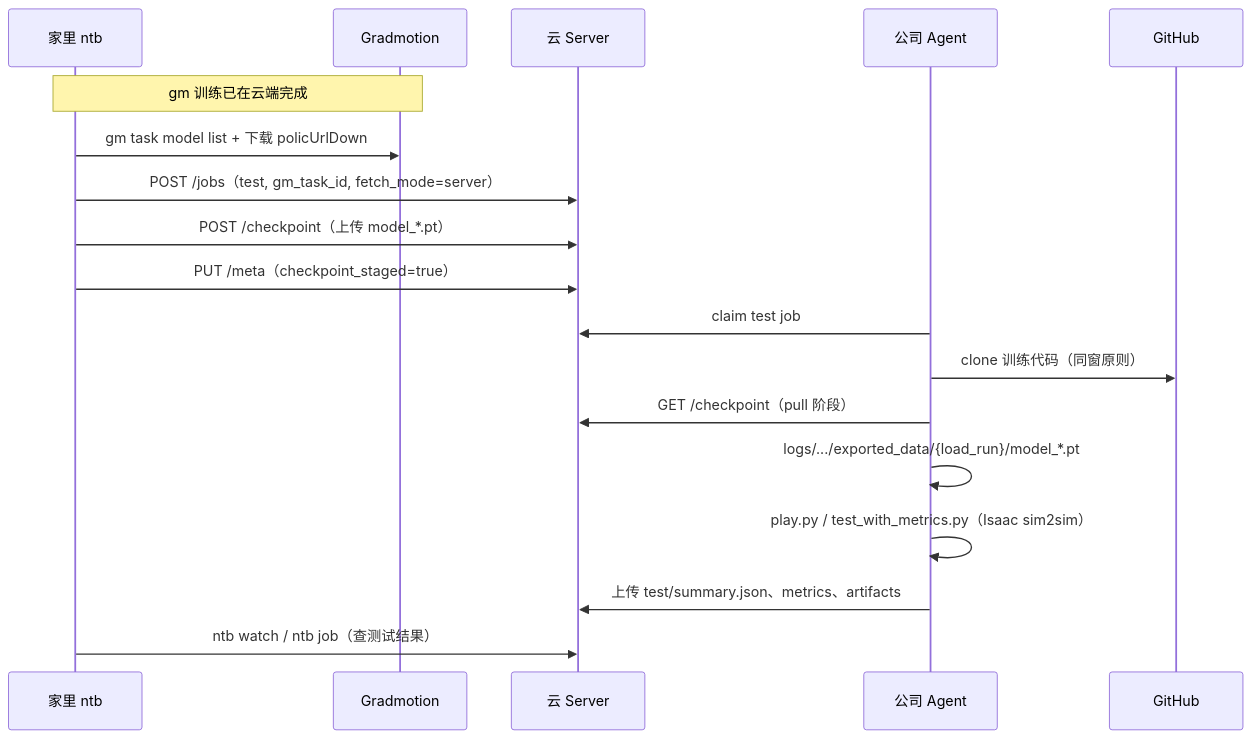
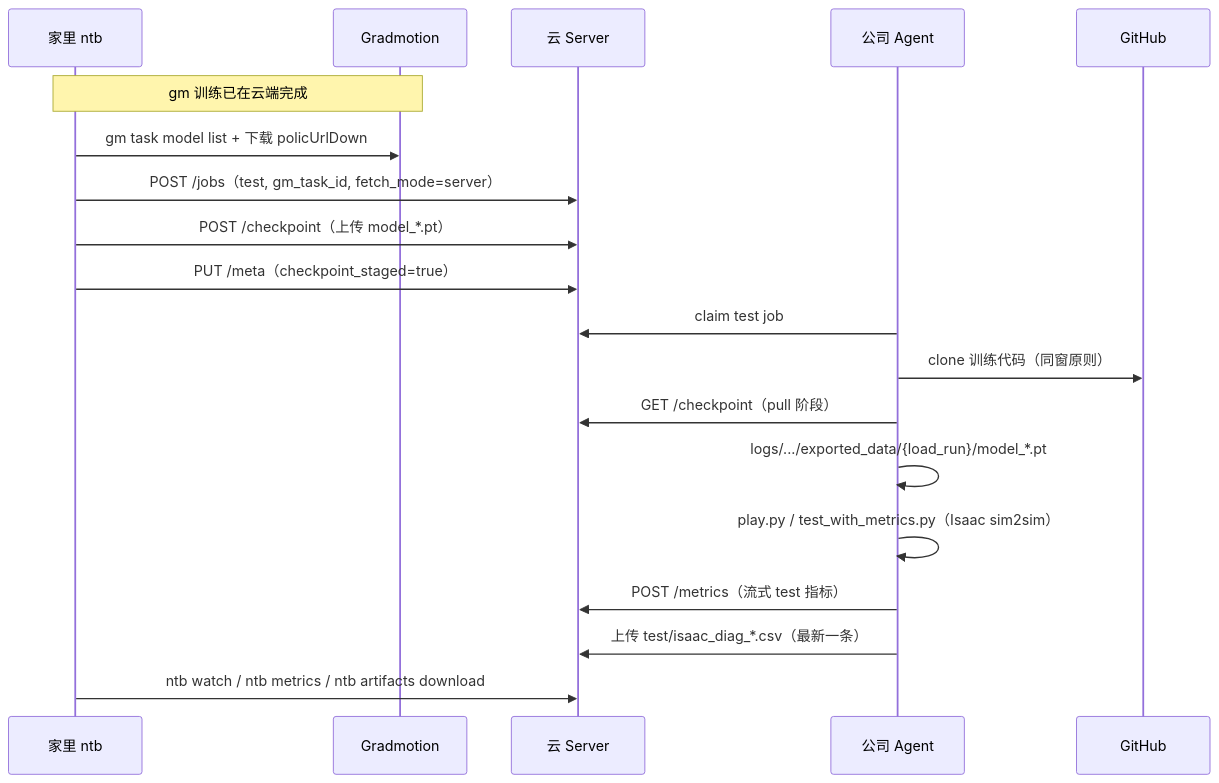
Before and after one commit to Lee-Weather/NetTrainBridge: the fourth of 5 diagrams in README.md, drawn with Mermaid. The commit also changed other lines of this file and 17 other files, not shown here.

````diff
--- a/README.md
+++ b/README.md
@@ -143,22 +143,23 @@
 ```mermaid
 sequenceDiagram
     participant H as 家里 ntb
     participant GM as Gradmotion
     participant S as 云 Server
     participant A as 公司 Agent
     participant GH as GitHub
 
     Note over H,GM: gm 训练已在云端完成
     H->>GM: gm task model list + 下载 policUrlDown
     H->>S: POST /jobs（test, gm_task_id, fetch_mode=server）
     H->>S: POST /checkpoint（上传 model_*.pt）
     H->>S: PUT /meta（checkpoint_staged=true）
 
     A->>S: claim test job
     A->>GH: clone 训练代码（同窗原则）
     A->>S: GET /checkpoint（pull 阶段）
     A->>A: logs/.../exported_data/{load_run}/model_*.pt
     A->>A: play.py / test_with_metrics.py（Isaac sim2sim）
-    A->>S: 上传 test/summary.json、metrics、artifacts
-    H->>S: ntb watch / ntb job（查测试结果）
+    A->>S: POST /metrics（流式 test 指标）
+    A->>S: 上传 test/isaac_diag_*.csv（最新一条）
+    H->>S: ntb watch / ntb metrics / ntb artifacts download
 ```
````
